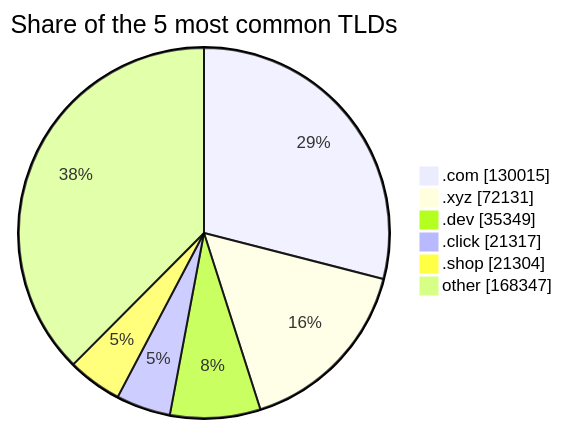
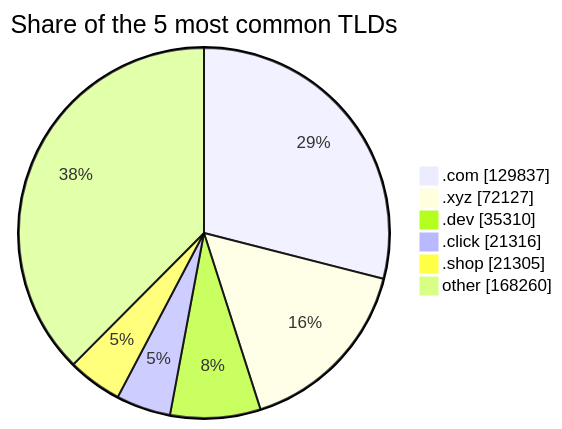
One commit to DNSBunker/CTI changed the third of 3 diagrams in README.md. Above: the diagram before and after it, drawn with Mermaid. The commit also changed other lines of this file and 3 other files, not shown here.

````diff
--- a/README.md
+++ b/README.md
@@ -81,9 +81,9 @@
 ```mermaid
 pie showData title Share of the 5 most common TLDs
-    ".com" : 130015
-    ".xyz" : 72131
-    ".dev" : 35349
-    ".click" : 21317
-    ".shop" : 21304
-    "other" : 168347
+    ".com" : 129837
+    ".xyz" : 72127
+    ".dev" : 35310
+    ".click" : 21316
+    ".shop" : 21305
+    "other" : 168260
 ```
````
